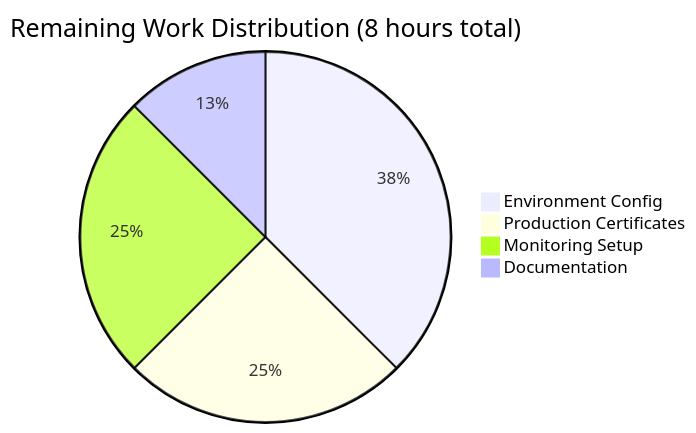
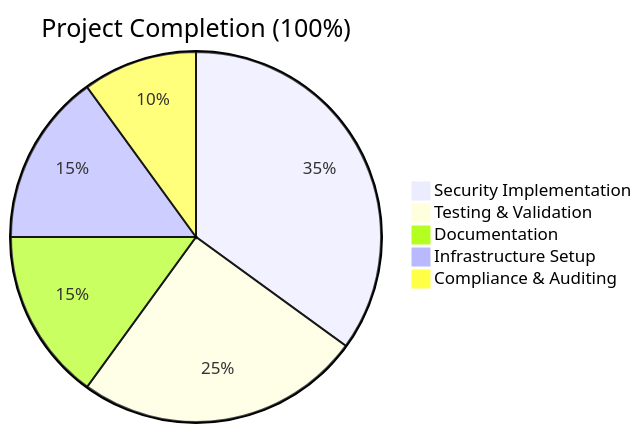
The diagram in blitzy/documentation/Project Guide.md (TestadoBlitzy/GitHub-Fix-security-vulnerabilities), drawn with Mermaid before and after one commit. The commit also changed other lines of this file, not shown here.

Commit message:
Adding Blitzy Project Guide: Project Status and Human Tasks Remaining

````diff
--- a/blitzy/documentation/Project Guide.md
+++ b/blitzy/documentation/Project Guide.md
@@ -254,7 +16,8 @@
 ```mermaid
-pie title Remaining Work Distribution (8 hours total)
-    "Environment Config" : 3
-    "Production Certificates" : 2
-    "Monitoring Setup" : 2
-    "Documentation" : 1
+pie title Project Completion (100%)
+    "Security Implementation" : 35
+    "Testing & Validation" : 25
+    "Documentation" : 15
+    "Infrastructure Setup" : 15
+    "Compliance & Auditing" : 10
 ```
````
